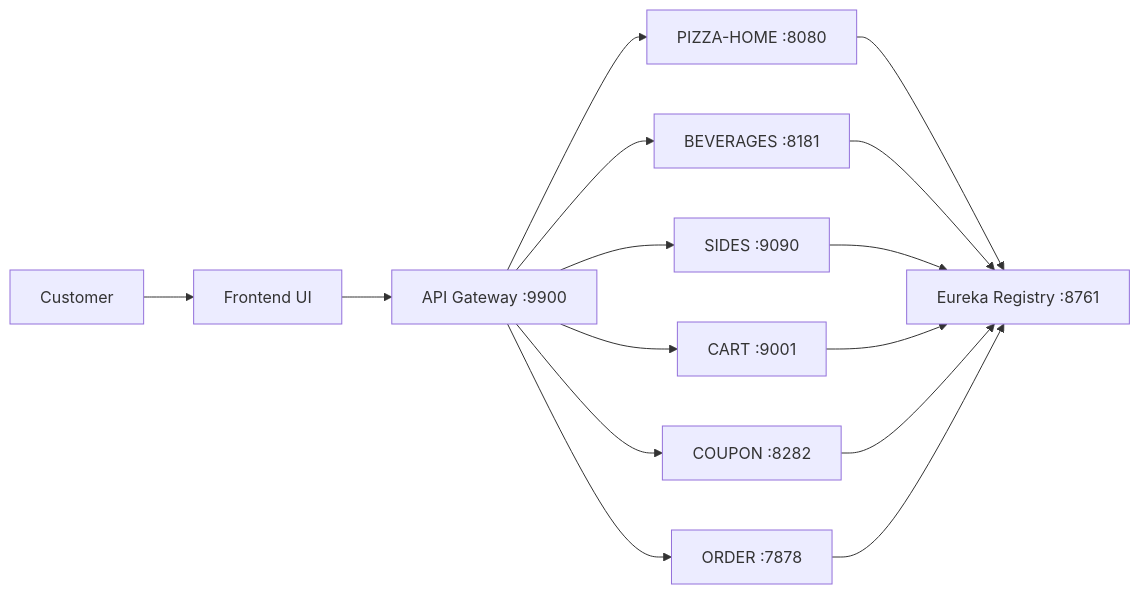
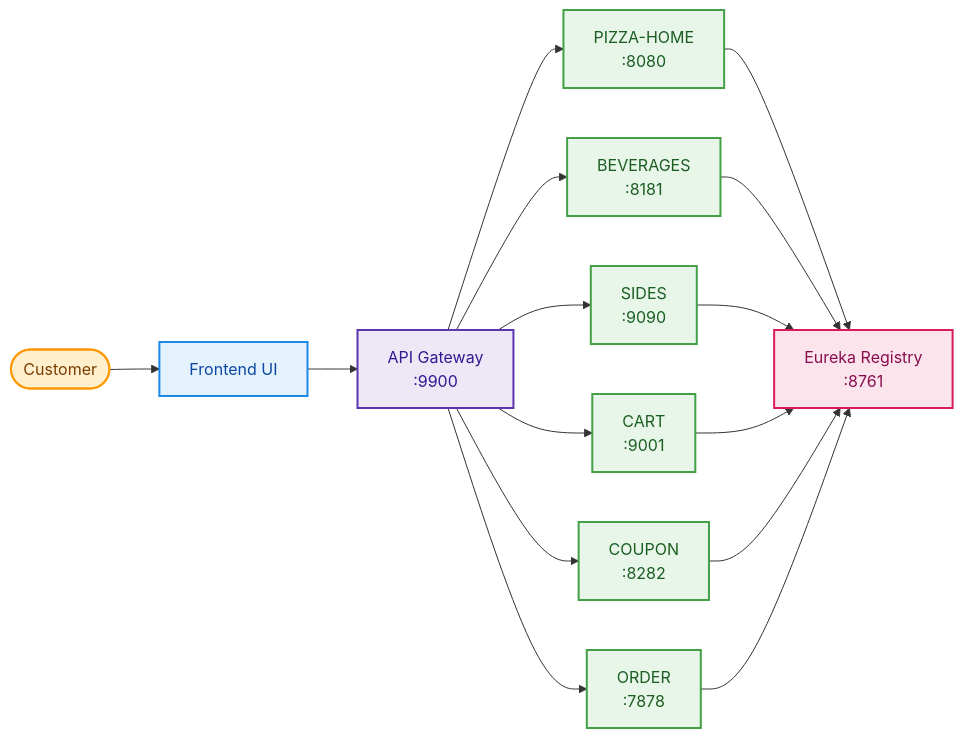
Before and after one commit to Rohit4530/Pizza-Ordering-System: the first of 2 diagrams in README.md, drawn with Mermaid. The commit also changed other lines of this file, not shown here.

Commit message:
Make README diagrams more colorful

````diff
--- a/README.md
+++ b/README.md
@@ -16,17 +16,23 @@
 ```mermaid
 flowchart LR
-    U[Customer] --> F[Frontend UI]
-    F --> G[API Gateway :9900]
-    G --> H[PIZZA-HOME :8080]
-    G --> B[BEVERAGES :8181]
-    G --> S[SIDES :9090]
-    G --> C[CART :9001]
-    G --> P[COUPON :8282]
-    G --> O[ORDER :7878]
-    H --> E[Eureka Registry :8761]
+    U([Customer]):::user --> F[Frontend UI]:::frontend
+    F --> G[API Gateway<br/>:9900]:::gateway
+    G --> H[PIZZA-HOME<br/>:8080]:::service
+    G --> B[BEVERAGES<br/>:8181]:::service
+    G --> S[SIDES<br/>:9090]:::service
+    G --> C[CART<br/>:9001]:::service
+    G --> P[COUPON<br/>:8282]:::service
+    G --> O[ORDER<br/>:7878]:::service
+    H --> E[Eureka Registry<br/>:8761]:::registry
     B --> E
     S --> E
     C --> E
     P --> E
     O --> E
+
+    classDef user fill:#ffefcc,stroke:#ff9800,stroke-width:2px,color:#7a3d00;
+    classDef frontend fill:#e3f2fd,stroke:#1e88e5,stroke-width:2px,color:#0d47a1;
+    classDef gateway fill:#ede7f6,stroke:#5e35b1,stroke-width:2px,color:#311b92;
+    classDef service fill:#e8f5e9,stroke:#43a047,stroke-width:2px,color:#1b5e20;
+    classDef registry fill:#fce4ec,stroke:#d81b60,stroke-width:2px,color:#880e4f;
 ```
````
